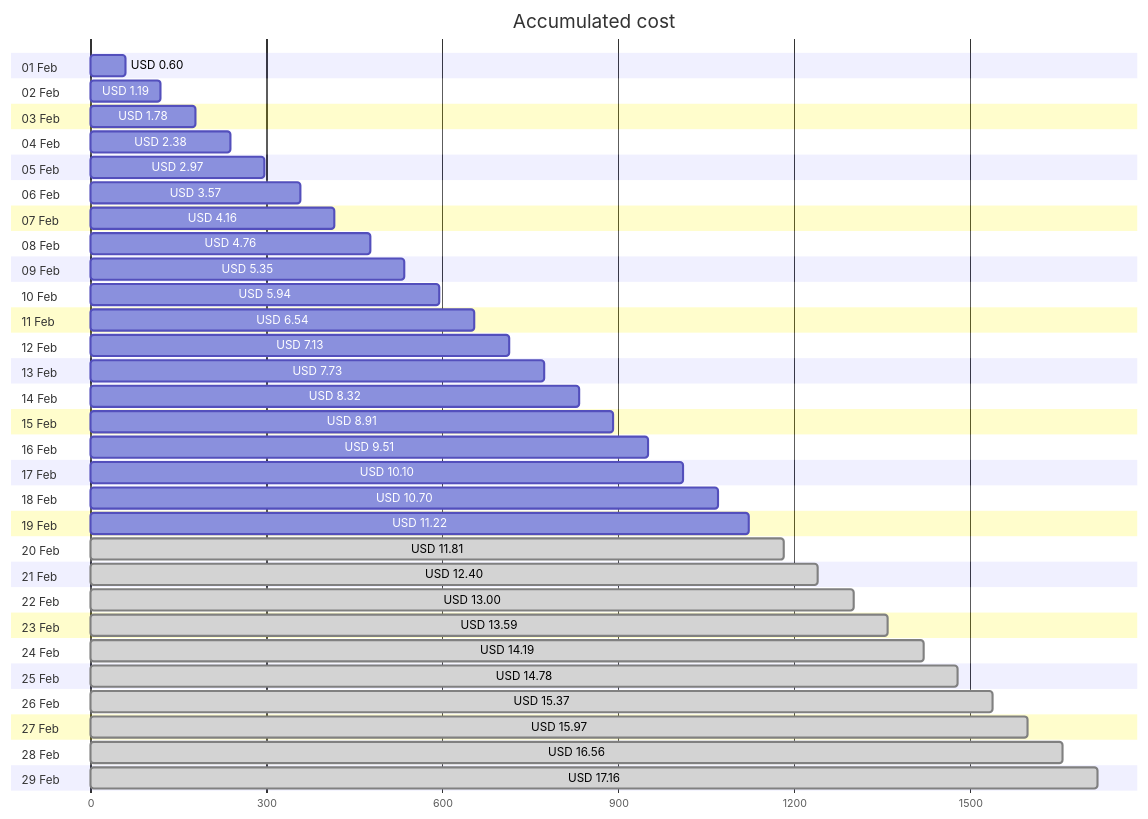
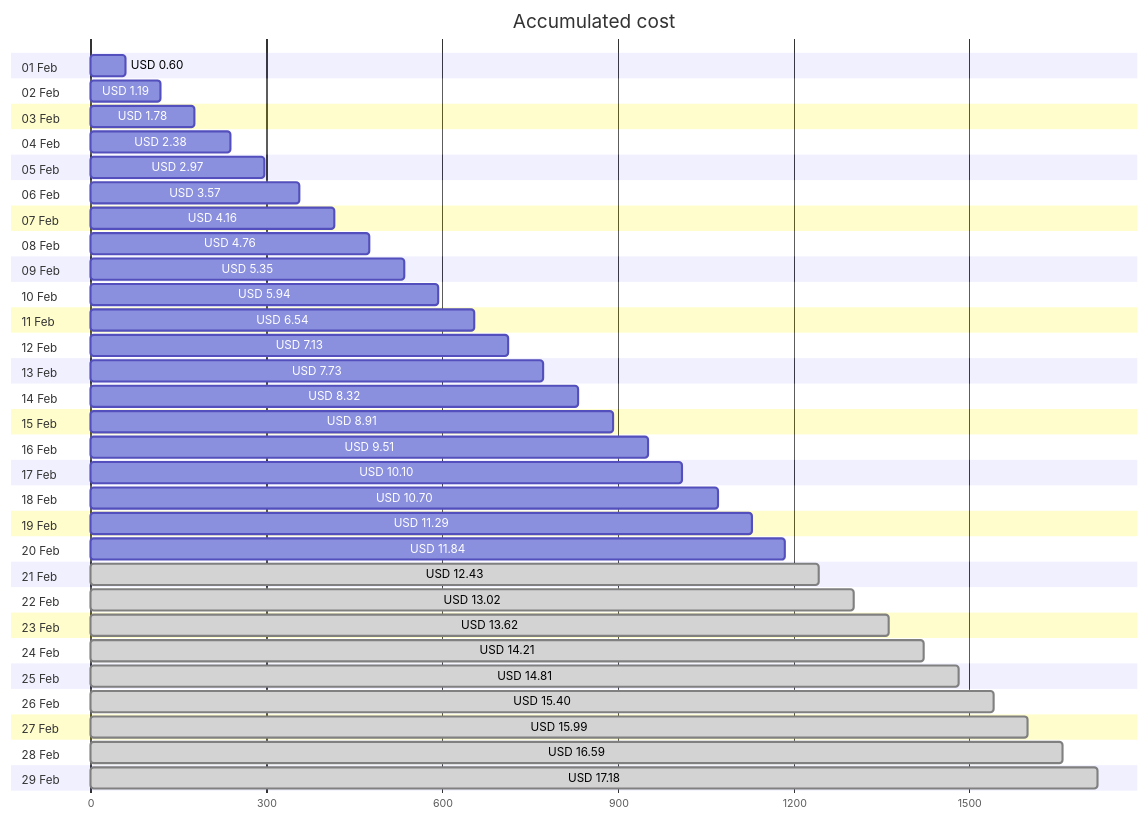
The first of 4 diagrams in cost-reports/personal-site/README.md (jpfulton/azure-personal-reports), drawn with Mermaid before and after one commit. The commit also changed other lines of this file and 6 other files, not shown here.

````diff
--- a/cost-reports/personal-site/README.md
+++ b/cost-reports/personal-site/README.md
@@ -20,64 +20,64 @@
 ```mermaid
 gantt
    title Accumulated cost
    dateFormat  X
    axisFormat %s
    section 01 Feb
    USD 0.60 :0, 60
    section 02 Feb
    USD 1.19 :0, 119
    section 03 Feb
    USD 1.78 :0, 178
    section 04 Feb
    USD 2.38 :0, 238
    section 05 Feb
    USD 2.97 :0, 297
    section 06 Feb
    USD 3.57 :0, 357
    section 07 Feb
    USD 4.16 :0, 416
    section 08 Feb
    USD 4.76 :0, 476
    section 09 Feb
    USD 5.35 :0, 535
    section 10 Feb
    USD 5.94 :0, 594
    section 11 Feb
    USD 6.54 :0, 654
    section 12 Feb
    USD 7.13 :0, 713
    section 13 Feb
    USD 7.73 :0, 773
    section 14 Feb
    USD 8.32 :0, 832
    section 15 Feb
    USD 8.91 :0, 891
    section 16 Feb
    USD 9.51 :0, 951
    section 17 Feb
    USD 10.10 :0, 1010
    section 18 Feb
    USD 10.70 :0, 1070
    section 19 Feb
-   USD 11.22 :0, 1122
+   USD 11.29 :0, 1129
    section 20 Feb
-   USD 11.81 : done, 0, 1181
+   USD 11.84 :0, 1184
    section 21 Feb
-   USD 12.40 : done, 0, 1240
+   USD 12.43 : done, 0, 1243
    section 22 Feb
-   USD 13.00 : done, 0, 1300
+   USD 13.02 : done, 0, 1302
    section 23 Feb
-   USD 13.59 : done, 0, 1359
+   USD 13.62 : done, 0, 1362
    section 24 Feb
-   USD 14.19 : done, 0, 1419
+   USD 14.21 : done, 0, 1421
    section 25 Feb
-   USD 14.78 : done, 0, 1478
+   USD 14.81 : done, 0, 1481
    section 26 Feb
-   USD 15.37 : done, 0, 1537
+   USD 15.40 : done, 0, 1540
    section 27 Feb
-   USD 15.97 : done, 0, 1597
+   USD 15.99 : done, 0, 1599
    section 28 Feb
-   USD 16.56 : done, 0, 1656
+   USD 16.59 : done, 0, 1659
    section 29 Feb
-   USD 17.16 : done, 0, 1716
+   USD 17.18 : done, 0, 1718
 ```
````
